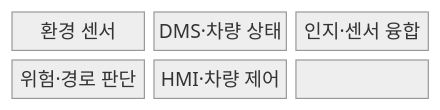
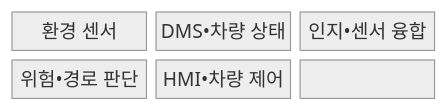
The first of 2 diagrams in src/content/docs/notes/08-latest-tech/208_adas_advanced_driver_assistance_system.md (agnusdei1207/knowledge-base), drawn with Mermaid (neutral theme) before and after one commit. The commit also changed other lines of this file and 953 other files, not shown here.

````diff
--- a/src/content/docs/notes/08-latest-tech/208_adas_advanced_driver_assistance_system.md
+++ b/src/content/docs/notes/08-latest-tech/208_adas_advanced_driver_assistance_system.md
@@ -68,11 +68,11 @@
 ```mermaid
 block-beta
   columns 3
   N0["환경 센서"]
-  N1["DMS·차량 상태"]
-  N2["인지·센서 융합"]
-  N3["위험·경로 판단"]
-  N4["HMI·차량 제어"]
+  N1["DMS•차량 상태"]
+  N2["인지•센서 융합"]
+  N3["위험•경로 판단"]
+  N4["HMI•차량 제어"]
   N0 --- N1 --- N2
   N2 --- N3 --- N4
 ```
````
